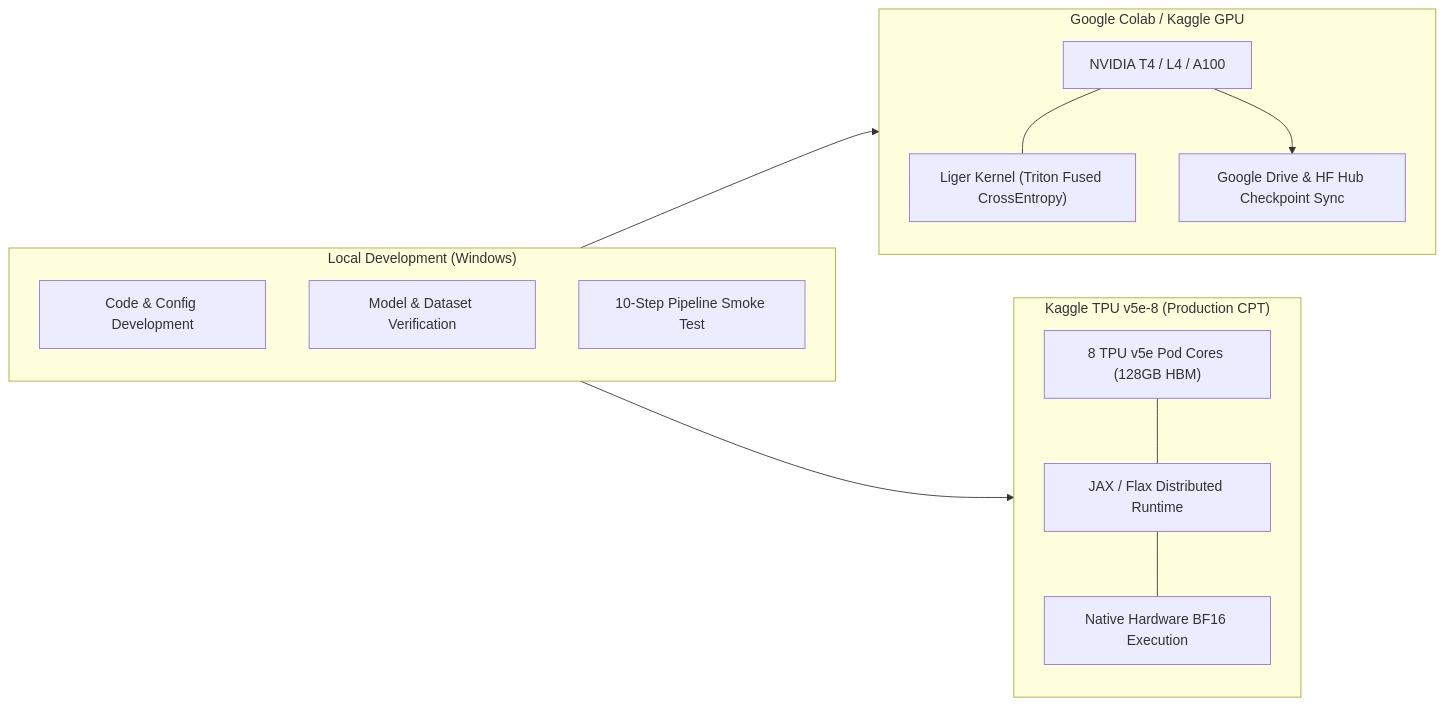
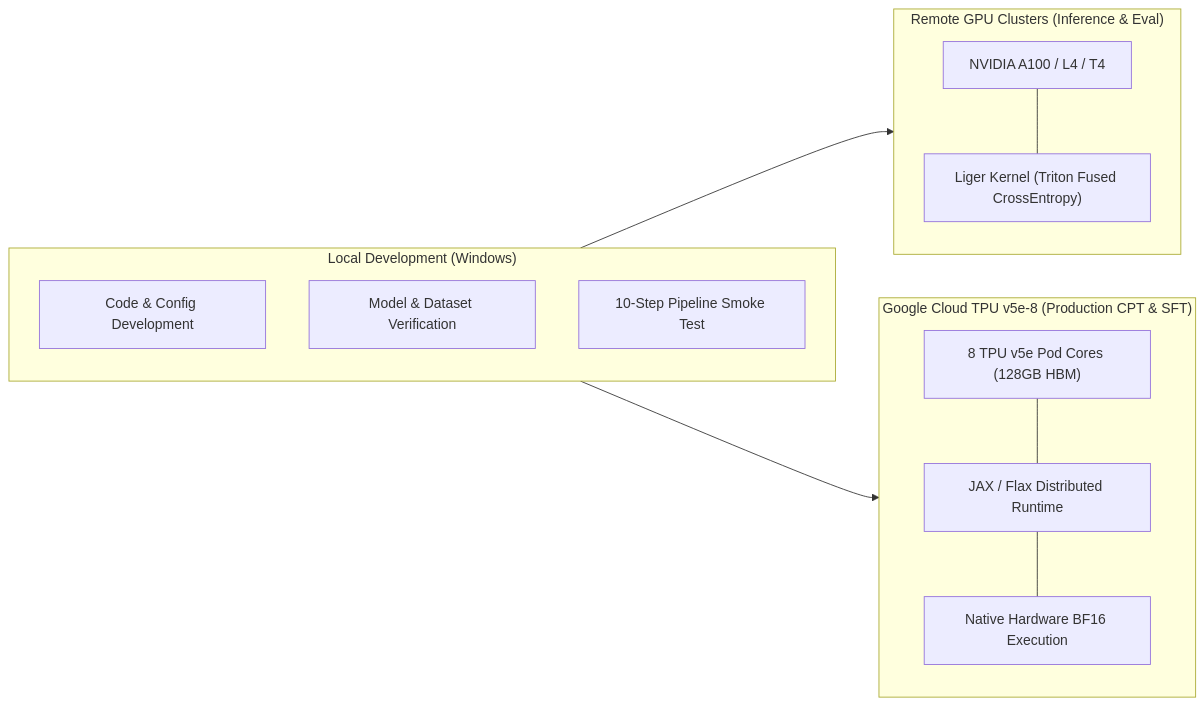
Before and after one commit to rudy-07/QaptaanLM-0.75B: the third of 3 diagrams in README.md, drawn with Mermaid. The commit also changed other lines of this file and 17 other files, not shown here.

````diff
--- a/README.md
+++ b/README.md
@@ -149,27 +156,25 @@
 ```mermaid
 flowchart LR
     subgraph Local["Local Development (Windows)"]
         DEV["Code & Config Development"]
         VERIFY["Model & Dataset Verification"]
         SMOKE["10-Step Pipeline Smoke Test"]
     end
 
-    subgraph RemoteGPU["Google Colab / Kaggle GPU"]
-        GPU1["NVIDIA T4 / L4 / A100"]
+    subgraph RemoteGPU["Remote GPU Clusters (Inference & Eval)"]
+        GPU1["NVIDIA A100 / L4 / T4"]
         LIGER["Liger Kernel (Triton Fused CrossEntropy)"]
-        GDRIVE["Google Drive & HF Hub Checkpoint Sync"]
         GPU1 --- LIGER
-        GPU1 --> GDRIVE
     end
 
-    subgraph RemoteTPU["Kaggle TPU v5e-8 (Production CPT)"]
+    subgraph RemoteTPU["Google Cloud TPU v5e-8 (Production CPT & SFT)"]
         TPU["8 TPU v5e Pod Cores (128GB HBM)"]
         PJRT["JAX / Flax Distributed Runtime"]
         BF16["Native Hardware BF16 Execution"]
         TPU --- PJRT
         PJRT --- BF16
     end
 
     Local --> RemoteGPU
     Local --> RemoteTPU
 ```
````
